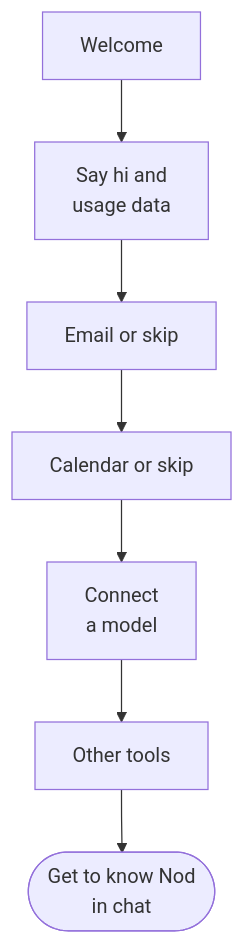
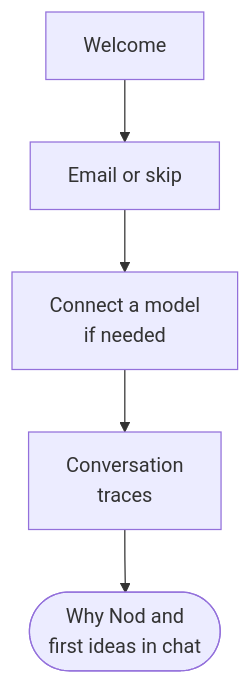
Before and after one commit to KrishBhimani/nod: the diagram in docs/src/content/docs/get-started/first-conversation.mdx, drawn with Mermaid. The commit also changed other lines of this file and 68 other files, not shown here.

````diff
--- a/docs/src/content/docs/get-started/first-conversation.mdx
+++ b/docs/src/content/docs/get-started/first-conversation.mdx
@@ -18,9 +18,7 @@
 ```mermaid
 flowchart TD
-  start[Welcome] --> hi[Say hi and<br/>usage data]
-  hi --> email[Email or skip]:::muted
-  email --> calendar[Calendar or skip]:::muted
-  calendar --> model[Connect<br/>a model]:::accent
-  model --> apps[Other tools]:::muted
-  apps --> chat([Get to know Nod<br/>in chat]):::go
+  start[Welcome] --> email[Email or skip]:::muted
+  email --> model[Connect a model<br/>if needed]:::accent
+  model --> privacy[Conversation<br/>traces]:::muted
+  privacy --> chat([Why Nod and<br/>first ideas in chat]):::go
 ```
````
